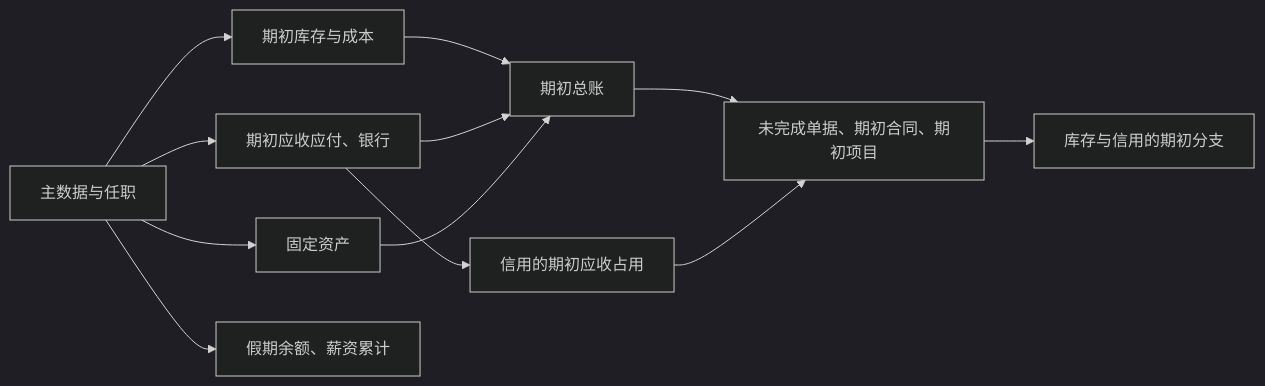
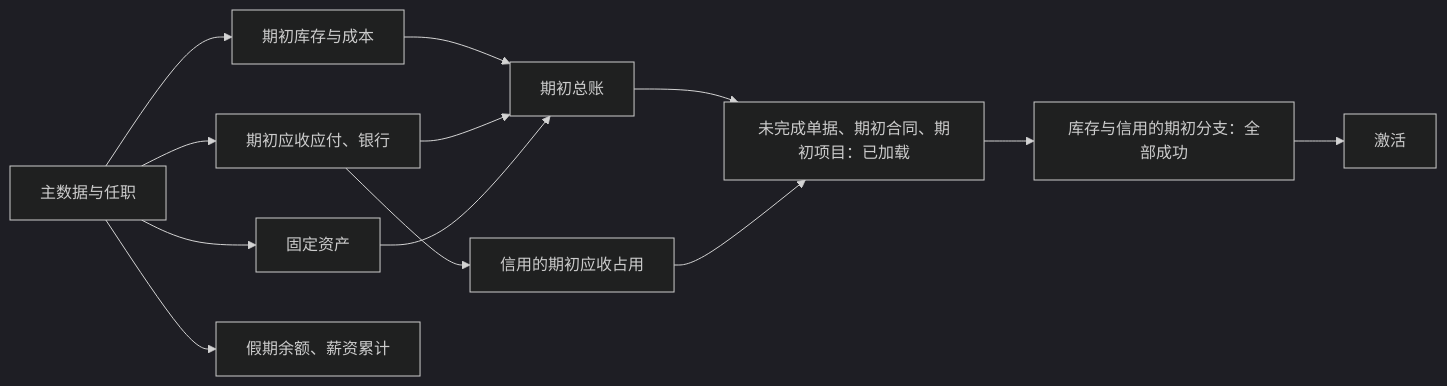
Before and after one commit to brickKit/be-assembly-standard: the diagram in tempDocs/final/06-protocols/16-go-live-and-import.md, drawn with Mermaid (dark theme). The commit also changed other lines of this file and 17 other files, not shown here.

````diff
--- a/tempDocs/final/06-protocols/16-go-live-and-import.md
+++ b/tempDocs/final/06-protocols/16-go-live-and-import.md
@@ -93,14 +98,15 @@
 ```mermaid
 flowchart LR
     M[主数据与任职] --> S[期初库存与成本]
     M --> AR[期初应收应付、银行]
     M --> FA[固定资产]
     M --> HR[假期余额、薪资累计]
     S --> GL[期初总账]
     AR --> GL
     FA --> GL
     AR --> CR[信用的期初应收占用]
-    GL --> OPEN[未完成单据、期初合同、期初项目]
-    CR --> OPEN
-    OPEN --> BR[库存与信用的期初分支]
+    GL --> OPENL[未完成单据、期初合同、期初项目：已加载]
+    CR --> OPENL
+    OPENL --> BR[库存与信用的期初分支：全部成功]
+    BR --> OPEN[激活]
 ```
````
